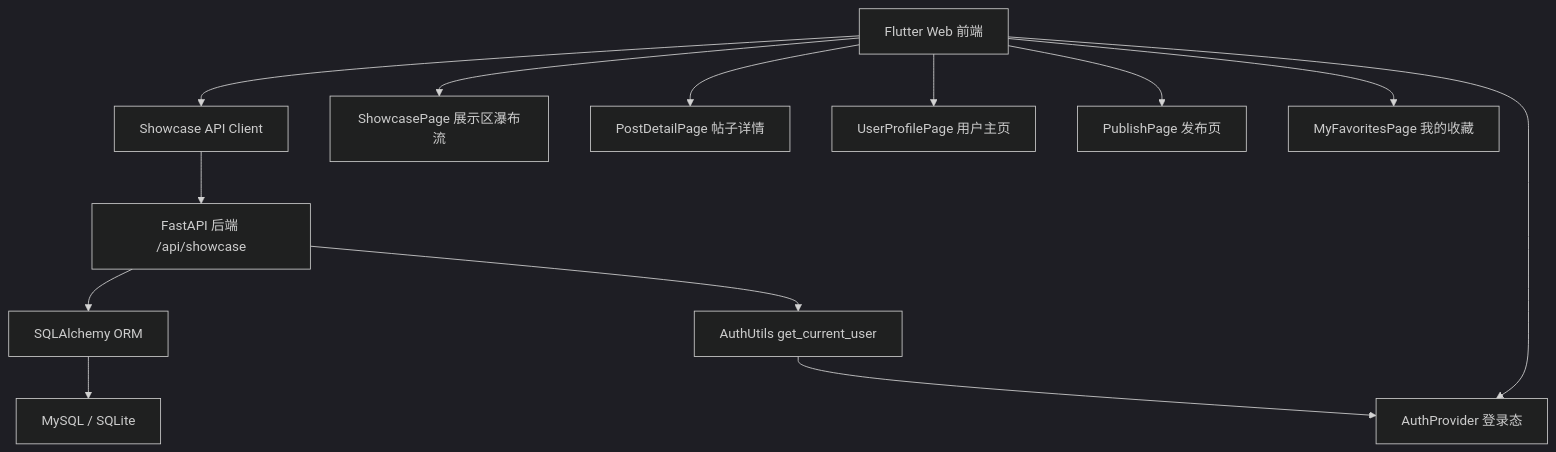
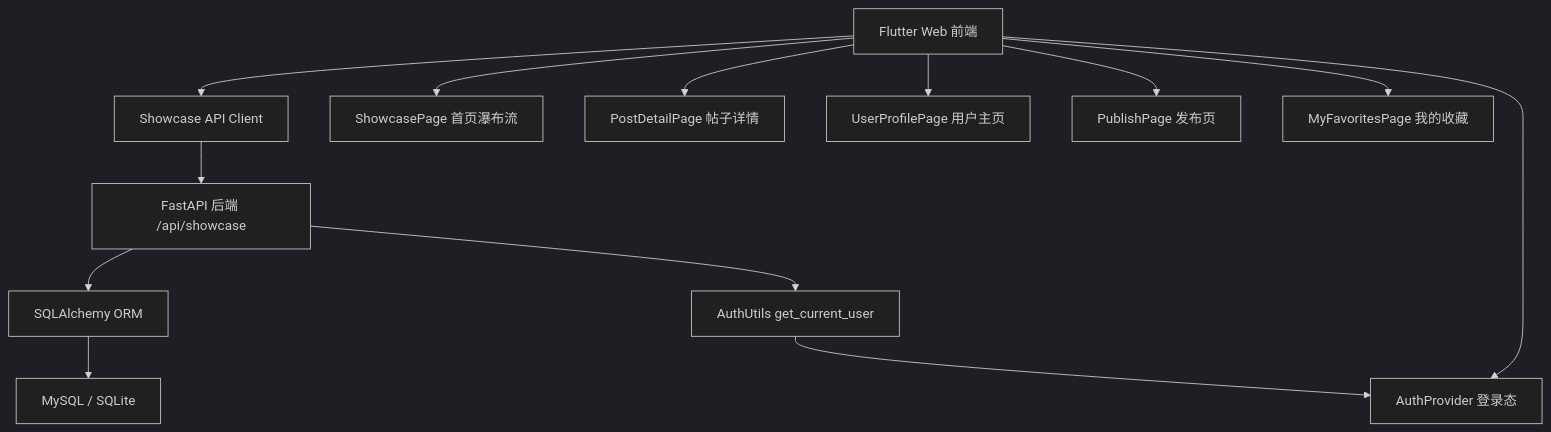
One commit to penglinghuo-alt/Bi_Sheng_Glimmer changed the first of 3 diagrams in .monkeycode/specs/community-showcase/design.md. Above: the diagram before and after it, drawn with Mermaid (dark theme). The commit also changed other lines of this file and 12 other files, not shown here.

````diff
--- a/.monkeycode/specs/community-showcase/design.md
+++ b/.monkeycode/specs/community-showcase/design.md
@@ -16,15 +16,15 @@
 ```mermaid
 graph TD
     A["Flutter Web 前端"] --> B["Showcase API Client"]
     B --> C["FastAPI 后端 /api/showcase"]
     C --> D["SQLAlchemy ORM"]
     D --> E["MySQL / SQLite"]
-    A --> F["ShowcasePage 展示区瀑布流"]
+    A --> F["ShowcasePage 首页瀑布流"]
     A --> G["PostDetailPage 帖子详情"]
     A --> H["UserProfilePage 用户主页"]
     A --> I["PublishPage 发布页"]
     A --> J["MyFavoritesPage 我的收藏"]
     A --> K["AuthProvider 登录态"]
     C --> L["AuthUtils get_current_user"]
     L --> K
 ```
````
